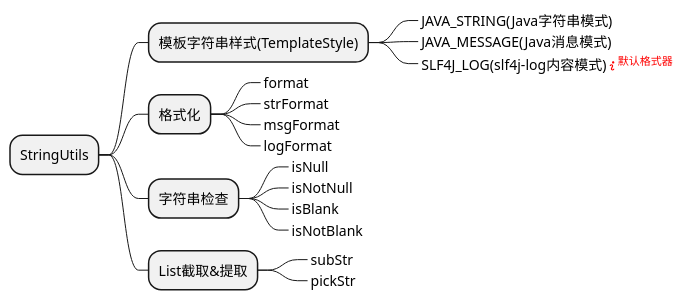
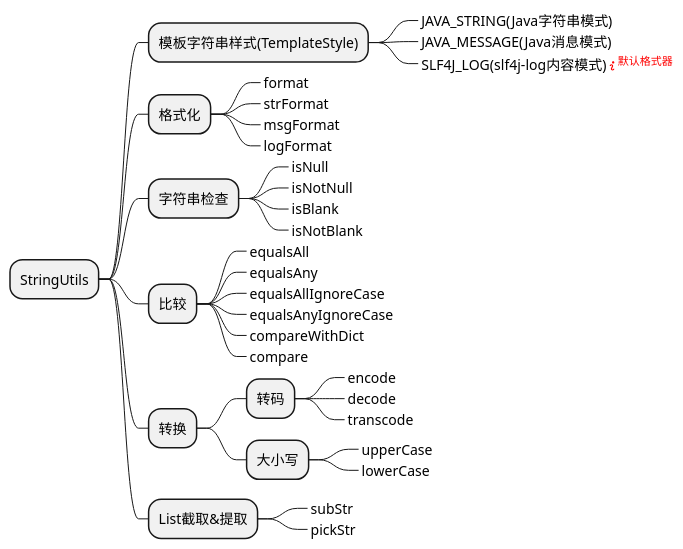
One commit to akudy/beehive-parent changed the diagram in beehive-core/src/main/resources/design-thought/util/StringUtils-function.puml. Above: the diagram before and after it, drawn with PlantUML. The commit also changed 11 other files, not shown here.

```diff
--- a/beehive-core/src/main/resources/design-thought/util/StringUtils-function.puml
+++ b/beehive-core/src/main/resources/design-thought/util/StringUtils-function.puml
@@ -1,25 +1,42 @@
 @startmindmap
 * StringUtils
 
 ** 模板字符串样式(TemplateStyle)
 ***_ JAVA_STRING(Java字符串模式)
 ***_ JAVA_MESSAGE(Java消息模式)
 ***_ SLF4J_LOG(slf4j-log内容模式)<font color=red><&info><sup>默认格式器</sup></font>
 
 ** 格式化
 ***_ format
 ***_ strFormat
 ***_ msgFormat
 ***_ logFormat
 
 ** 字符串检查
 ***_ isNull
 ***_ isNotNull
 ***_ isBlank
 ***_ isNotBlank
 
+** 比较
+***_ equalsAll
+***_ equalsAny
+***_ equalsAllIgnoreCase
+***_ equalsAnyIgnoreCase
+***_ compareWithDict
+***_ compare
+
+** 转换
+*** 转码
+****_ encode
+****_ decode
+****_ transcode
+*** 大小写
+****_ upperCase
+****_ lowerCase
+
 ** List截取&提取
 ***_ subStr
 ***_ pickStr
 
 @endmindmap
```
